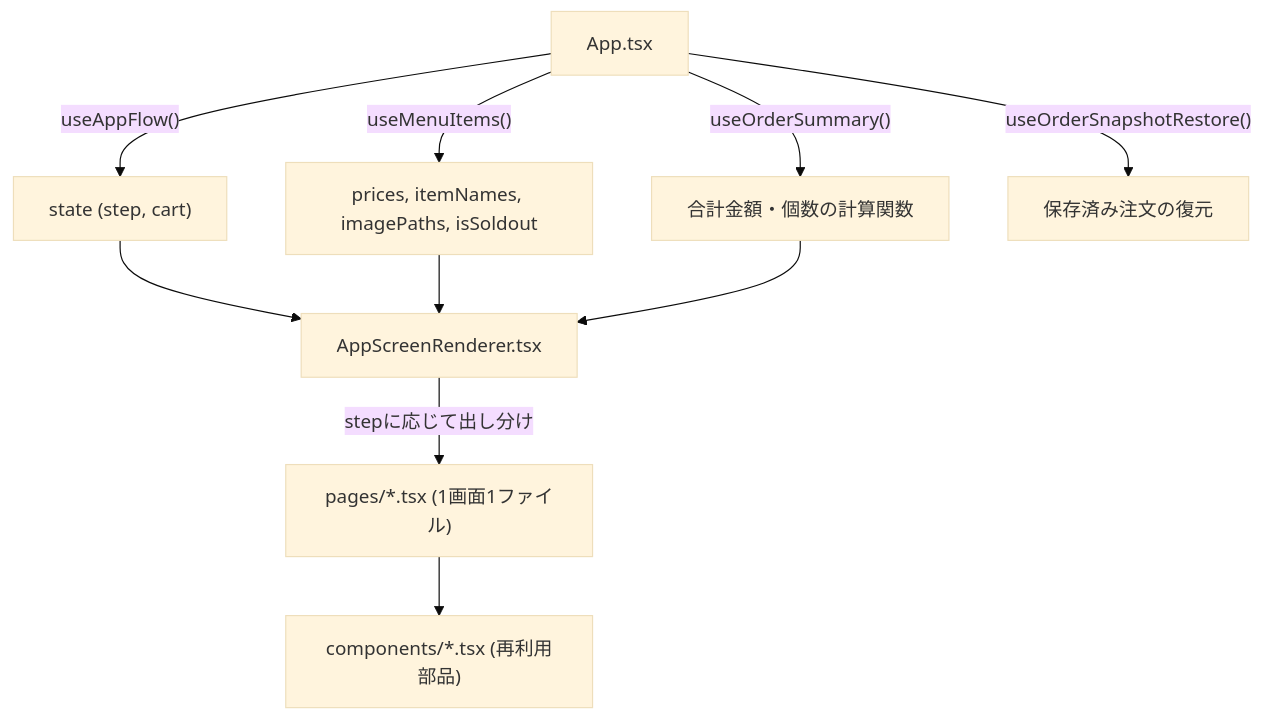
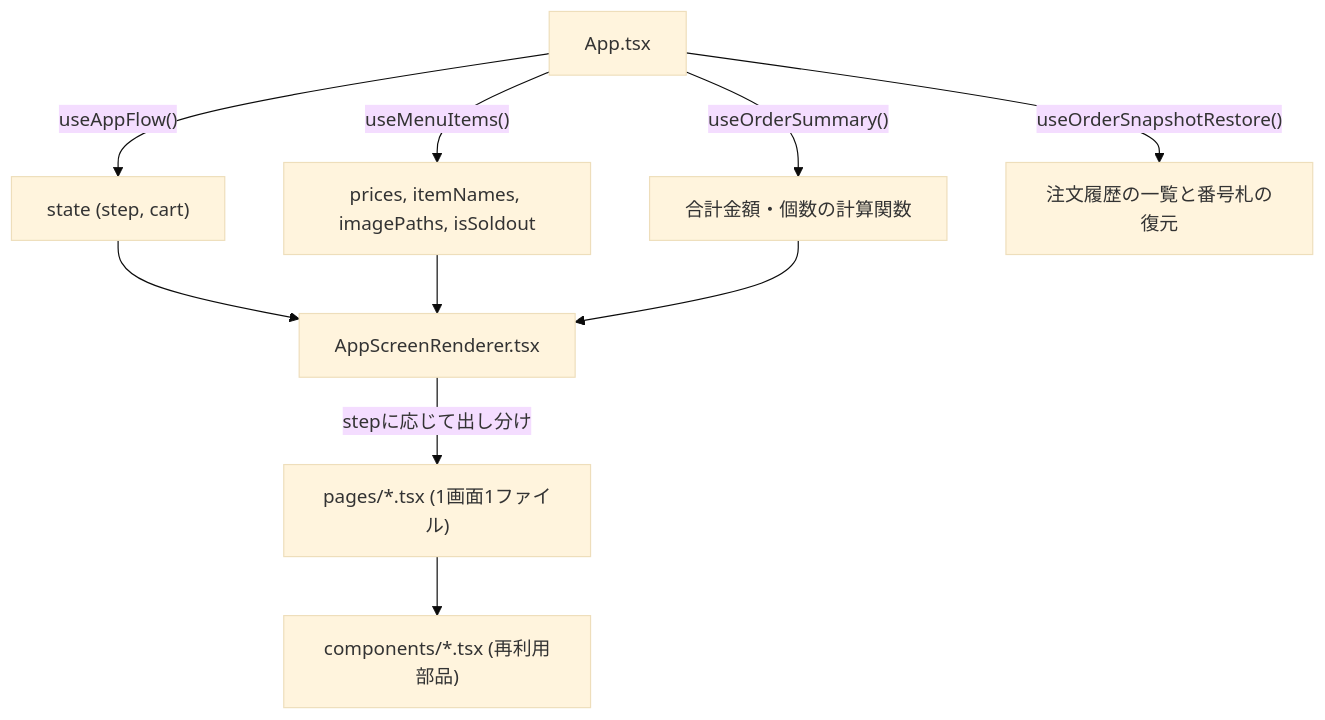
One commit to Shrssss/CDMTs-payment-application changed the first of 2 diagrams in paymentApps/School-Festival-2-main/docs/frontend-handover.md. Above: the diagram before and after it, drawn with Mermaid (base theme). The commit also changed other lines of this file and 24 other files, not shown here.

````diff
--- a/paymentApps/School-Festival-2-main/docs/frontend-handover.md
+++ b/paymentApps/School-Festival-2-main/docs/frontend-handover.md
@@ -57,12 +57,12 @@
 ```mermaid
 flowchart TD
     A["App.tsx"] -->|"useAppFlow()"| B["state (step, cart)"]
     A -->|"useMenuItems()"| C["prices, itemNames, imagePaths, isSoldout"]
     A -->|"useOrderSummary()"| D["合計金額・個数の計算関数"]
-    A -->|"useOrderSnapshotRestore()"| E["保存済み注文の復元"]
+    A -->|"useOrderSnapshotRestore()"| E["注文履歴の一覧と番号札の復元"]
     B --> F["AppScreenRenderer.tsx"]
     C --> F
     D --> F
     F -->|"stepに応じて出し分け"| G["pages/*.tsx (1画面1ファイル)"]
     G --> H["components/*.tsx (再利用部品)"]
 ```
````
